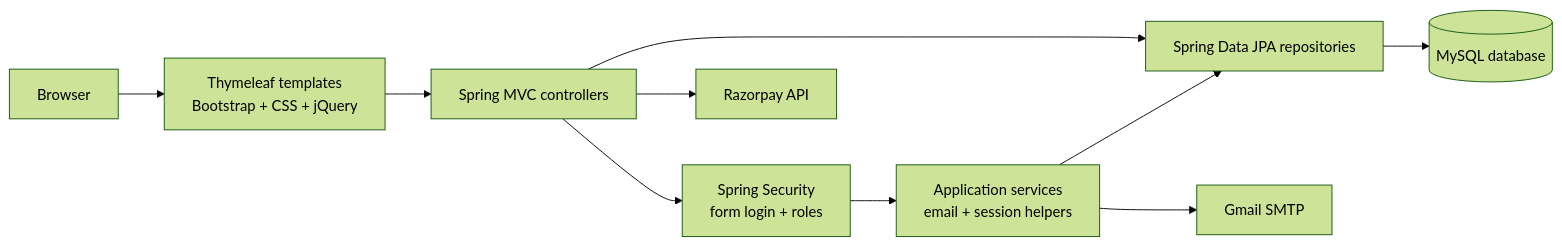
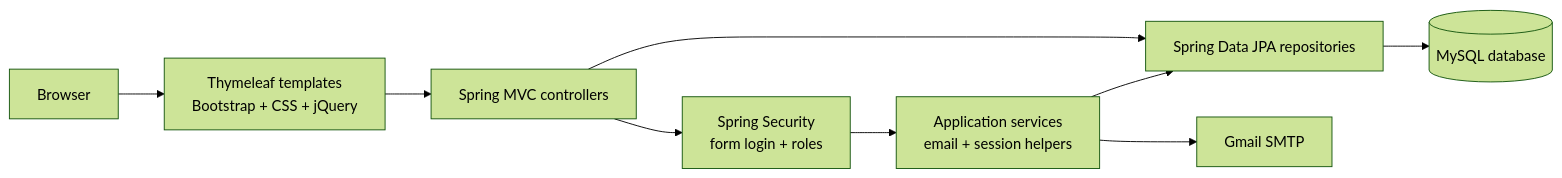
Before and after one commit to BIMLESH5560/SmartContactManagerNew: the first of 4 diagrams in README.md, drawn with Mermaid (forest theme). The commit also changed other lines of this file and 10 other files, not shown here.

````diff
--- a/README.md
+++ b/README.md
@@ -53,22 +52,20 @@
 ```mermaid
 flowchart LR
     Browser[Browser]
     UI[Thymeleaf templates<br/>Bootstrap + CSS + jQuery]
     MVC[Spring MVC controllers]
     Security[Spring Security<br/>form login + roles]
     Service[Application services<br/>email + session helpers]
     Repo[Spring Data JPA repositories]
     DB[(MySQL database)]
     SMTP[Gmail SMTP]
-    Razorpay[Razorpay API]
 
     Browser --> UI
     UI --> MVC
     MVC --> Security
     Security --> Service
     MVC --> Repo
     Service --> Repo
     Repo --> DB
     Service --> SMTP
-    MVC --> Razorpay
 ```
````
